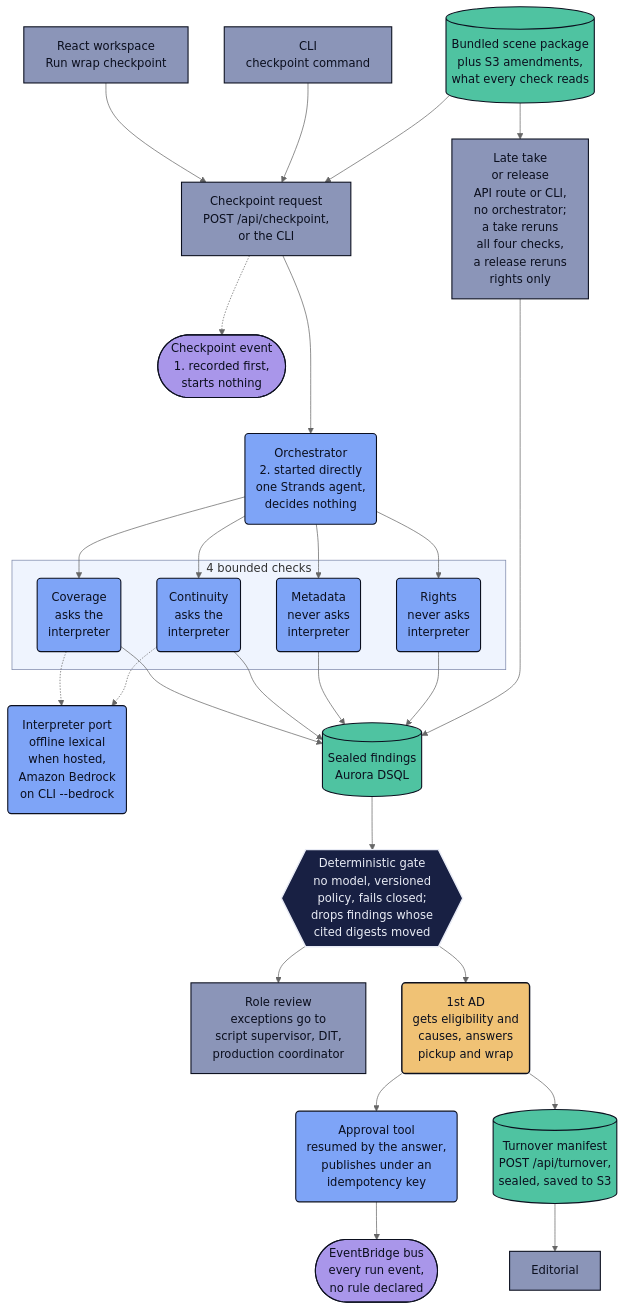
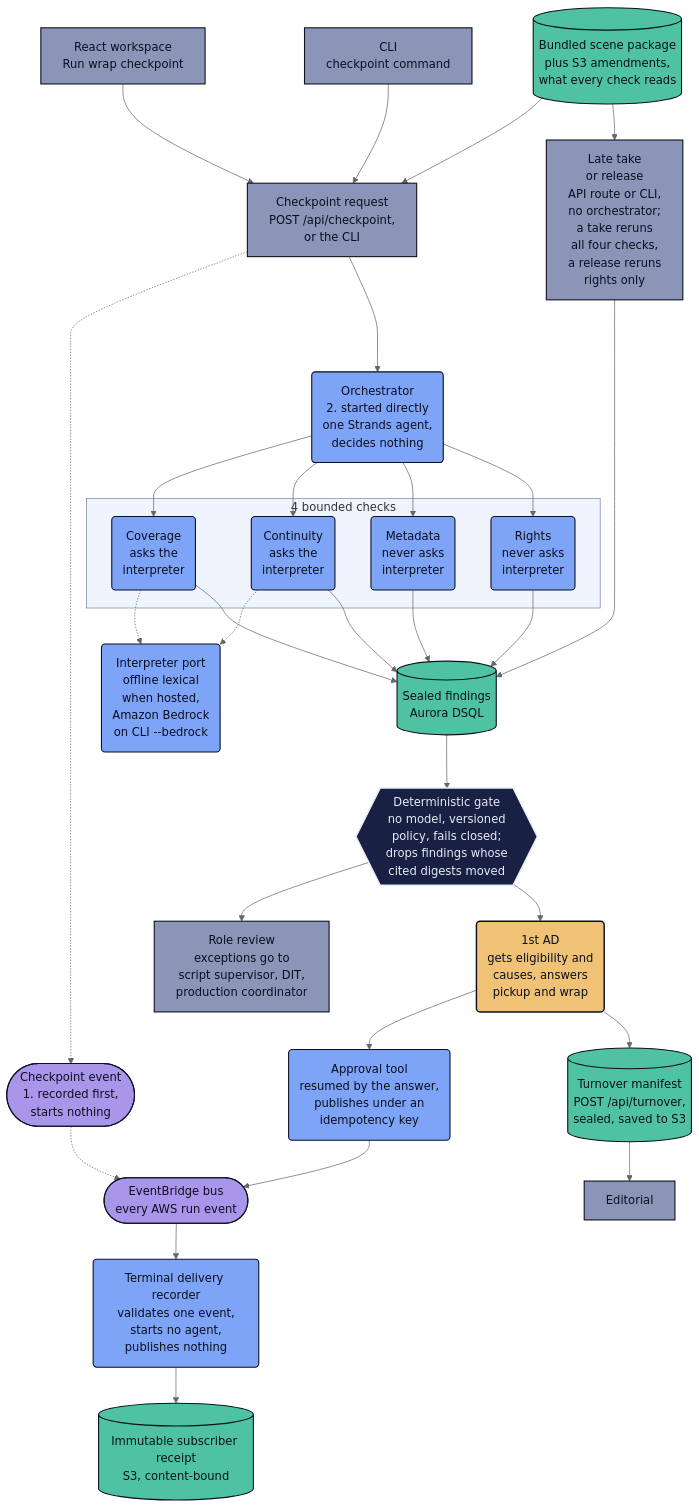
The diagram in docs/how-it-works.md (upgradedev/lasttake-aws), drawn with Mermaid (neutral theme) before and after one commit. The commit also changed other lines of this file and 6 other files, not shown here.

````diff
--- a/docs/how-it-works.md
+++ b/docs/how-it-works.md
@@ -9,69 +9,74 @@
 ```mermaid
 flowchart TB
     WS["React workspace<br/>Run wrap checkpoint"]
     CLI["CLI<br/>checkpoint command"]
     PKG[("Bundled scene package<br/>plus S3 amendments,<br/>what every check reads")]
     REQ["Checkpoint request<br/>POST /api/checkpoint,<br/>or the CLI"]
     LATE["Late take<br/>or release<br/>API route or CLI,<br/>no orchestrator;<br/>a take reruns<br/>all four checks,<br/>a release reruns<br/>rights only"]
     EV(["Checkpoint event<br/>1. recorded first,<br/>starts nothing"])
     ORCH("Orchestrator<br/>2. started directly<br/>one Strands agent,<br/>decides nothing")
     subgraph checks["4 bounded checks"]
         COV("Coverage<br/>asks the<br/>interpreter")
         CON("Continuity<br/>asks the<br/>interpreter")
         MET("Metadata<br/>never asks<br/>interpreter")
         RIG("Rights<br/>never asks<br/>interpreter")
     end
     INT("Interpreter port<br/>offline lexical<br/>when hosted,<br/>Amazon Bedrock<br/>on CLI --bedrock")
     FIND[("Sealed findings<br/>Aurora DSQL")]
     GATE{{"Deterministic gate<br/>no model, versioned<br/>policy, fails closed;<br/>drops findings whose<br/>cited digests moved"}}
     REV["Role review<br/>exceptions go to<br/>script supervisor, DIT,<br/>production coordinator"]
     AD("1st AD<br/>gets eligibility and<br/>causes, answers<br/>pickup and wrap")
     APR("Approval tool<br/>resumed by the answer,<br/>publishes under an<br/>idempotency key")
-    BUS(["EventBridge bus<br/>every run event,<br/>no rule declared"])
+    BUS(["EventBridge bus<br/>every AWS run event"])
+    REC("Terminal delivery recorder<br/>validates one event,<br/>starts no agent,<br/>publishes nothing")
+    RCP[("Immutable subscriber receipt<br/>S3, content-bound")]
     TURN[("Turnover manifest<br/>POST /api/turnover,<br/>sealed, saved to S3")]
     ED["Editorial"]
     WS --> REQ
     CLI --> REQ
     PKG --> REQ
     PKG --> LATE
     REQ -.-> EV
+    EV -.-> BUS
     REQ ---> ORCH
     ORCH --> COV
     ORCH --> CON
     ORCH --> MET
     ORCH --> RIG
     COV -.-> INT
     CON -.-> INT
     COV --> FIND
     CON --> FIND
     MET --> FIND
     RIG --> FIND
     LATE -----> FIND
     FIND --> GATE
     GATE --> REV
     GATE --> AD
     AD --> APR
     APR --> BUS
+    BUS --> REC
+    REC --> RCP
     AD --> TURN
     TURN --> ED
 
     %% LastTake palette: role colour fill, navy ink pinned, so node text reads the same in GitHub light and dark
     classDef surface fill:#8b95b8,stroke:#0b0f1e,stroke-width:1.5px,color:#0b0f1e
     classDef agent fill:#7ea4f7,stroke:#0b0f1e,stroke-width:1.5px,color:#0b0f1e
     classDef store fill:#4fc3a1,stroke:#0b0f1e,stroke-width:1.5px,color:#0b0f1e
     classDef event fill:#a996ea,stroke:#0b0f1e,stroke-width:1.5px,color:#0b0f1e
     classDef rule fill:#182043,stroke:#e8ebf5,stroke-width:2px,color:#e8ebf5
     classDef optional fill:#182043,stroke:#7ea4f7,stroke-width:1.5px,stroke-dasharray:5 4,color:#aab2c8
     %% human is reserved for a human decision node; here that is only the 1st AD
     classDef human fill:#f0c275,stroke:#0b0f1e,stroke-width:2px,color:#0b0f1e
     classDef laneFront fill:#8b95b81f,stroke:#7d88aa,stroke-width:1px
     classDef laneBack fill:#7ea4f71f,stroke:#7d88aa,stroke-width:1px
     classDef laneCi fill:#7d88aa1a,stroke:#7d88aa,stroke-width:1px,stroke-dasharray:6 4
     class WS,CLI,REQ,LATE,REV,ED surface
-    class ORCH,COV,CON,MET,RIG,INT,APR agent
-    class PKG,FIND,TURN store
+    class ORCH,COV,CON,MET,RIG,INT,APR,REC agent
+    class PKG,FIND,TURN,RCP store
     class EV,BUS event
     class GATE rule
     class AD human
     class checks laneBack
 ```
````
